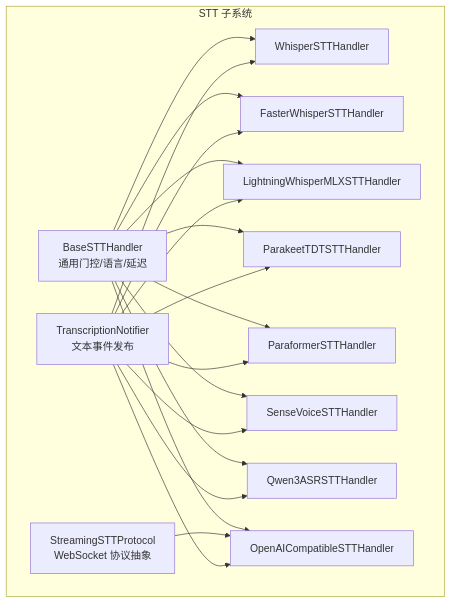
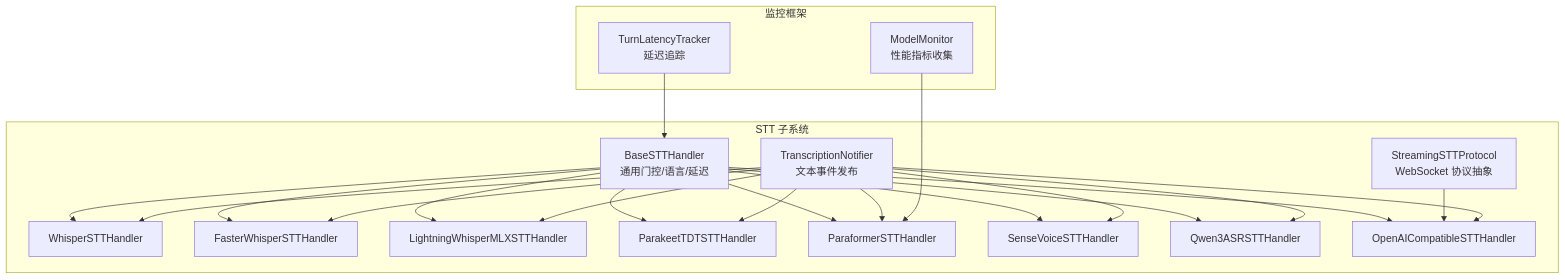
The first of 7 diagrams in .qoder/repowiki/zh/content/语音转文字 (STT)/语音转文字 (STT).md (joezxh/speech-to-speech), drawn with Mermaid before and after one commit. The commit also changed other lines of this file and 1743 other files, not shown here.

````diff
--- a/.qoder/repowiki/zh/content/语音转文字 (STT)/语音转文字 (STT).md
+++ b/.qoder/repowiki/zh/content/语音转文字 (STT)/语音转文字 (STT).md
@@ -42,33 +54,39 @@
 ```mermaid
 graph TB
 subgraph "STT 子系统"
 Base["BaseSTTHandler<br/>通用门控/语言/延迟"]
 Stream["StreamingSTTProtocol<br/>WebSocket 协议抽象"]
 Notifier["TranscriptionNotifier<br/>文本事件发布"]
 W["WhisperSTTHandler"]
 FW["FasterWhisperSTTHandler"]
 LWM["LightningWhisperMLXSTTHandler"]
 PTK["ParakeetTDTSTTHandler"]
 PF["ParaformerSTTHandler"]
 SV["SenseVoiceSTTHandler"]
 Q3["Qwen3ASRSTTHandler"]
 OAI["OpenAICompatibleSTTHandler"]
+end
+subgraph "监控框架"
+MM["ModelMonitor<br/>性能指标收集"]
+TLT["TurnLatencyTracker<br/>延迟追踪"]
 end
 Base --> W
 Base --> FW
 Base --> LWM
 Base --> PTK
 Base --> PF
 Base --> SV
 Base --> Q3
 Base --> OAI
 Stream --> OAI
 Notifier --> W
 Notifier --> FW
 Notifier --> LWM
 Notifier --> PTK
 Notifier --> PF
 Notifier --> SV
 Notifier --> Q3
 Notifier --> OAI
+MM --> PF
+TLT --> Base
 ```
````
